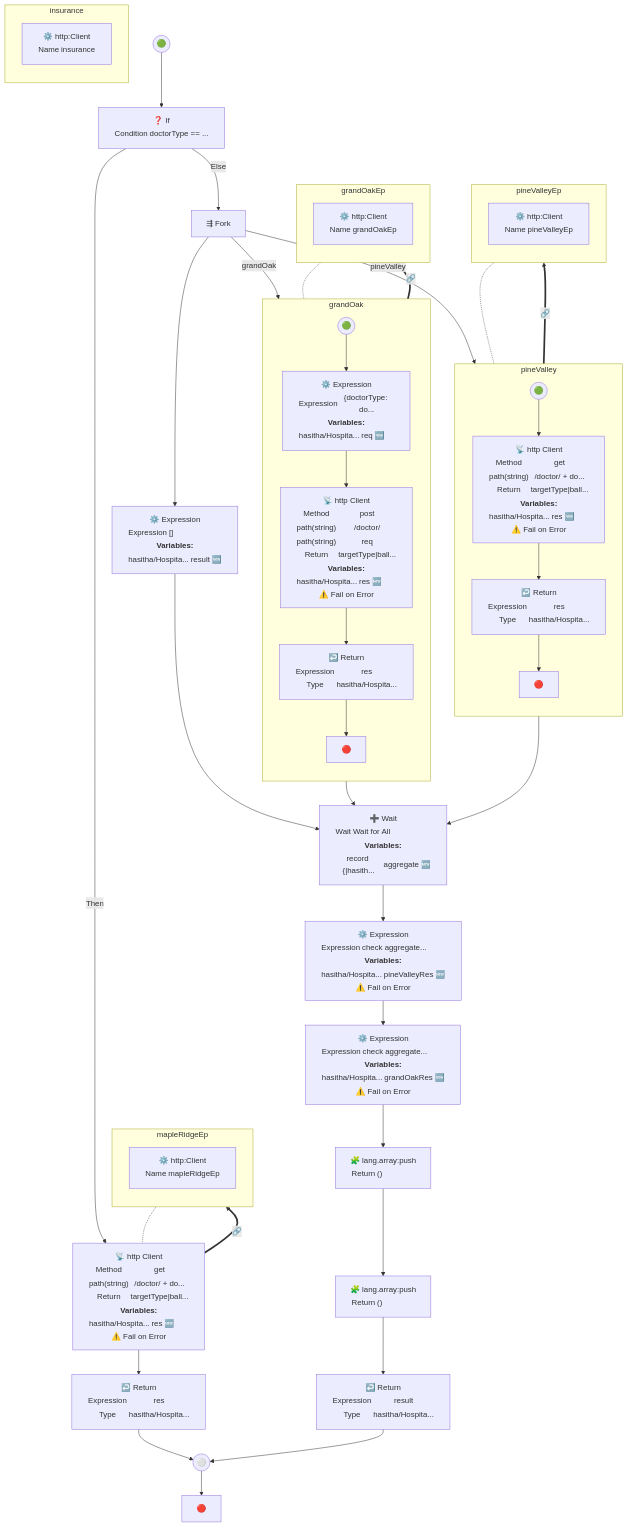
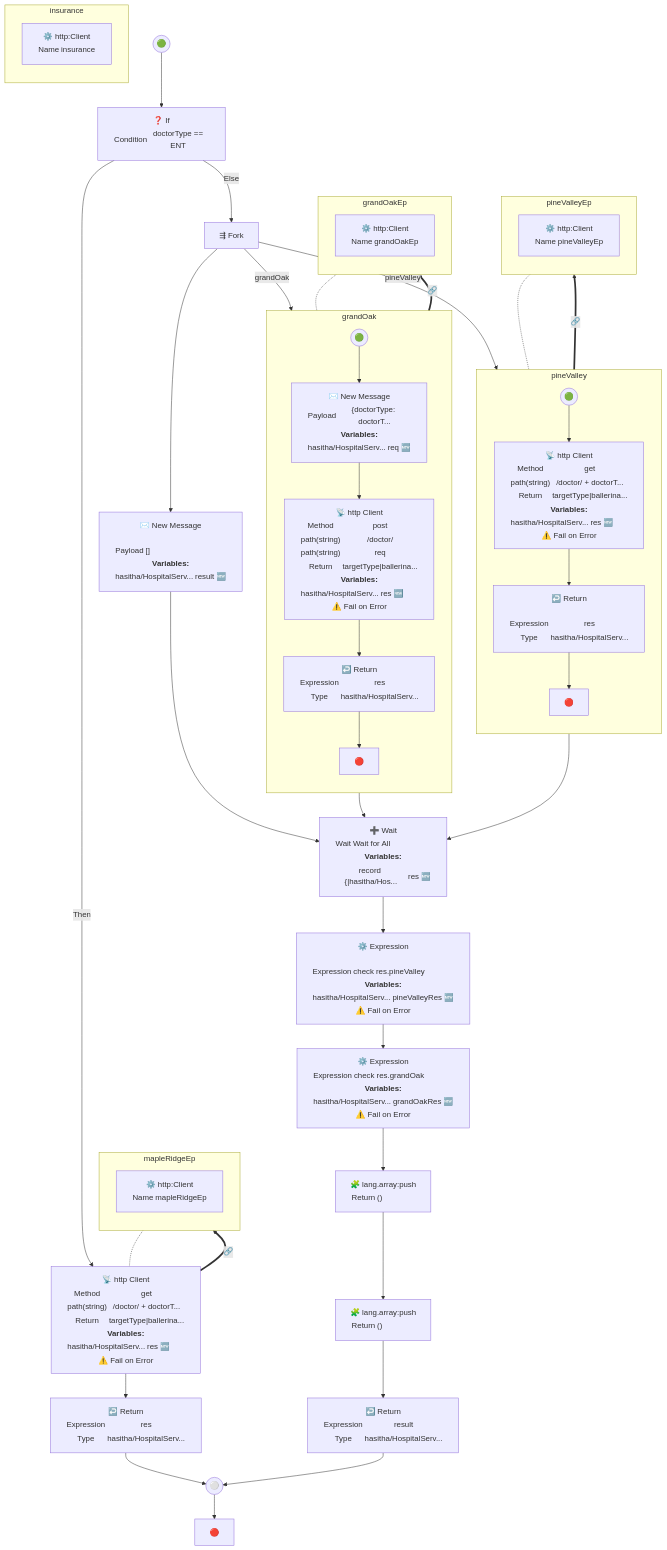
Before and after one commit to hasithaa/Diagram: the second of 2 diagrams in Examples/HospitalService/diagrams/get .md, drawn with Mermaid. The commit also changed other lines of this file and 3 other files, not shown here.

```diff
--- a/Examples/HospitalService/diagrams/get .md
+++ b/Examples/HospitalService/diagrams/get .md
@@ -122,126 +122,126 @@
 flowchart TB
   START0(("🟢"))
   SWITCH1["❓ If
-<table><tr><td>Condition</td><td>doctorType == ...</td></tr></table>"]
+<table><tr><td>Condition</td><td>doctorType == ENT </td></tr></table>"]
   NETWORK_CALL3["📡 http Client
-<table><tr><td>Method</td><td>get</td></tr><tr><td>path(string)</td><td>/doctor/ + do...</td></tr><tr><td>Return</td><td>targetType|ball...</td></tr></table><strong>Variables:</strong><table><tr><td>hasitha/Hospita...</td><td>res</td><td>🆕</td></tr></table><p>⚠️ Fail on Error</p>"]
+<table><tr><td>Method</td><td>get</td></tr><tr><td>path(string)</td><td>/doctor/ + doctorT...</td></tr><tr><td>Return</td><td>targetType|ballerina...</td></tr></table><strong>Variables:</strong><table><tr><td>hasitha/HospitalServ...</td><td>res</td><td>🆕</td></tr></table><p>⚠️ Fail on Error</p>"]
   RETURN4["↩️ Return
-<table><tr><td>Expression</td><td>res</td></tr><tr><td>Type</td><td>hasitha/Hospita...</td></tr></table>"]
+<table><tr><td>Expression</td><td>res</td></tr><tr><td>Type</td><td>hasitha/HospitalServ...</td></tr></table>"]
   FORK5["⇶ Fork"]
   subgraph pineValley  ["pineValley "]
   direction TB
     START6(("🟢"))
     NETWORK_CALL7["📡 http Client
-<table><tr><td>Method</td><td>get</td></tr><tr><td>path(string)</td><td>/doctor/ + do...</td></tr><tr><td>Return</td><td>targetType|ball...</td></tr></table><strong>Variables:</strong><table><tr><td>hasitha/Hospita...</td><td>res</td><td>🆕</td></tr></table><p>⚠️ Fail on Error</p>"]
+<table><tr><td>Method</td><td>get</td></tr><tr><td>path(string)</td><td>/doctor/ + doctorT...</td></tr><tr><td>Return</td><td>targetType|ballerina...</td></tr></table><strong>Variables:</strong><table><tr><td>hasitha/HospitalServ...</td><td>res</td><td>🆕</td></tr></table><p>⚠️ Fail on Error</p>"]
     RETURN8["↩️ Return
-<table><tr><td>Expression</td><td>res</td></tr><tr><td>Type</td><td>hasitha/Hospita...</td></tr></table>"]
+<table><tr><td>Expression</td><td>res</td></tr><tr><td>Type</td><td>hasitha/HospitalServ...</td></tr></table>"]
     END9["🔴"]
   end
   subgraph grandOak  ["grandOak "]
   direction TB
     START10(("🟢"))
-    EXPRESSION11["⚙️ Expression
-<table><tr><td>Expression</td><td>{doctorType: do...</td></tr></table><strong>Variables:</strong><table><tr><td>hasitha/Hospita...</td><td>req</td><td>🆕</td></tr></table>"]
+NEW_PAYLOAD11["✉️ New Message
+<table><tr><td>Payload</td><td>{doctorType: doctorT...</td></tr></table><strong>Variables:</strong><table><tr><td>hasitha/HospitalServ...</td><td>req</td><td>🆕</td></tr></table>"]
     NETWORK_CALL12["📡 http Client
-<table><tr><td>Method</td><td>post</td></tr><tr><td>path(string)</td><td>/doctor/</td></tr><tr><td>path(string)</td><td>req</td></tr><tr><td>Return</td><td>targetType|ball...</td></tr></table><strong>Variables:</strong><table><tr><td>hasitha/Hospita...</td><td>res</td><td>🆕</td></tr></table><p>⚠️ Fail on Error</p>"]
+<table><tr><td>Method</td><td>post</td></tr><tr><td>path(string)</td><td>/doctor/</td></tr><tr><td>path(string)</td><td>req</td></tr><tr><td>Return</td><td>targetType|ballerina...</td></tr></table><strong>Variables:</strong><table><tr><td>hasitha/HospitalServ...</td><td>res</td><td>🆕</td></tr></table><p>⚠️ Fail on Error</p>"]
     RETURN13["↩️ Return
-<table><tr><td>Expression</td><td>res</td></tr><tr><td>Type</td><td>hasitha/Hospita...</td></tr></table>"]
+<table><tr><td>Expression</td><td>res</td></tr><tr><td>Type</td><td>hasitha/HospitalServ...</td></tr></table>"]
     END14["🔴"]
   end
-  EXPRESSION15["⚙️ Expression
-<table><tr><td>Expression</td><td>[]</td></tr></table><strong>Variables:</strong><table><tr><td>hasitha/Hospita...</td><td>result</td><td>🆕</td></tr></table>"]
+NEW_PAYLOAD15["✉️ New Message
+<table><tr><td>Payload</td><td>[]</td></tr></table><strong>Variables:</strong><table><tr><td>hasitha/HospitalServ...</td><td>result</td><td>🆕</td></tr></table>"]
   WAIT16["➕ Wait
-<table><tr><td>Wait</td><td>Wait for All</td></tr></table><strong>Variables:</strong><table><tr><td>record {|hasith...</td><td>aggregate</td><td>🆕</td></tr></table>"]
+<table><tr><td>Wait</td><td>Wait for All</td></tr></table><strong>Variables:</strong><table><tr><td>record {|hasitha/Hos...</td><td>res</td><td>🆕</td></tr></table>"]
   subgraph pineValley  ["pineValley "]
   direction TB
     START6(("🟢"))
     NETWORK_CALL7["📡 http Client
-<table><tr><td>Method</td><td>get</td></tr><tr><td>path(string)</td><td>/doctor/ + do...</td></tr><tr><td>Return</td><td>targetType|ball...</td></tr></table><strong>Variables:</strong><table><tr><td>hasitha/Hospita...</td><td>res</td><td>🆕</td></tr></table><p>⚠️ Fail on Error</p>"]
+<table><tr><td>Method</td><td>get</td></tr><tr><td>path(string)</td><td>/doctor/ + doctorT...</td></tr><tr><td>Return</td><td>targetType|ballerina...</td></tr></table><strong>Variables:</strong><table><tr><td>hasitha/HospitalServ...</td><td>res</td><td>🆕</td></tr></table><p>⚠️ Fail on Error</p>"]
     RETURN8["↩️ Return
-<table><tr><td>Expression</td><td>res</td></tr><tr><td>Type</td><td>hasitha/Hospita...</td></tr></table>"]
+<table><tr><td>Expression</td><td>res</td></tr><tr><td>Type</td><td>hasitha/HospitalServ...</td></tr></table>"]
     END9["🔴"]
   end
   subgraph grandOak  ["grandOak "]
   direction TB
     START10(("🟢"))
-    EXPRESSION11["⚙️ Expression
-<table><tr><td>Expression</td><td>{doctorType: do...</td></tr></table><strong>Variables:</strong><table><tr><td>hasitha/Hospita...</td><td>req</td><td>🆕</td></tr></table>"]
+NEW_PAYLOAD11["✉️ New Message
+<table><tr><td>Payload</td><td>{doctorType: doctorT...</td></tr></table><strong>Variables:</strong><table><tr><td>hasitha/HospitalServ...</td><td>req</td><td>🆕</td></tr></table>"]
     NETWORK_CALL12["📡 http Client
-<table><tr><td>Method</td><td>post</td></tr><tr><td>path(string)</td><td>/doctor/</td></tr><tr><td>path(string)</td><td>req</td></tr><tr><td>Return</td><td>targetType|ball...</td></tr></table><strong>Variables:</strong><table><tr><td>hasitha/Hospita...</td><td>res</td><td>🆕</td></tr></table><p>⚠️ Fail on Error</p>"]
+<table><tr><td>Method</td><td>post</td></tr><tr><td>path(string)</td><td>/doctor/</td></tr><tr><td>path(string)</td><td>req</td></tr><tr><td>Return</td><td>targetType|ballerina...</td></tr></table><strong>Variables:</strong><table><tr><td>hasitha/HospitalServ...</td><td>res</td><td>🆕</td></tr></table><p>⚠️ Fail on Error</p>"]
     RETURN13["↩️ Return
-<table><tr><td>Expression</td><td>res</td></tr><tr><td>Type</td><td>hasitha/Hospita...</td></tr></table>"]
+<table><tr><td>Expression</td><td>res</td></tr><tr><td>Type</td><td>hasitha/HospitalServ...</td></tr></table>"]
     END14["🔴"]
   end
   EXPRESSION17["⚙️ Expression
-<table><tr><td>Expression</td><td>check aggregate...</td></tr></table><strong>Variables:</strong><table><tr><td>hasitha/Hospita...</td><td>pineValleyRes</td><td>🆕</td></tr></table><p>⚠️ Fail on Error</p>"]
+<table><tr><td>Expression</td><td>check res.pineValley</td></tr></table><strong>Variables:</strong><table><tr><td>hasitha/HospitalServ...</td><td>pineValleyRes</td><td>🆕</td></tr></table><p>⚠️ Fail on Error</p>"]
   EXPRESSION18["⚙️ Expression
-<table><tr><td>Expression</td><td>check aggregate...</td></tr></table><strong>Variables:</strong><table><tr><td>hasitha/Hospita...</td><td>grandOakRes</td><td>🆕</td></tr></table><p>⚠️ Fail on Error</p>"]
+  <table><tr><td>Expression</td><td>check res.grandOak</td></tr></table><strong>Variables:</strong><table><tr><td>hasitha/HospitalServ...</td><td>grandOakRes</td><td>🆕</td></tr></table><p>⚠️ Fail on Error</p>"]
   LIBRARY_CALL19["🧩 lang.array:push
 <table><tr><td>Return</td><td>()</td></tr></table>"]
   LIBRARY_CALL20["🧩 lang.array:push
 <table><tr><td>Return</td><td>()</td></tr></table>"]
   RETURN21["↩️ Return
-<table><tr><td>Expression</td><td>result</td></tr><tr><td>Type</td><td>hasitha/Hospita...</td></tr></table>"]
+<table><tr><td>Expression</td><td>result</td></tr><tr><td>Type</td><td>hasitha/HospitalServ...</td></tr></table>"]
   SWITCH_MERGE2(("⚪"))
   NETWORK_CALL3["📡 http Client
-<table><tr><td>Method</td><td>get</td></tr><tr><td>path(string)</td><td>/doctor/ + do...</td></tr><tr><td>Return</td><td>targetType|ball...</td></tr></table><strong>Variables:</strong><table><tr><td>hasitha/Hospita...</td><td>res</td><td>🆕</td></tr></table><p>⚠️ Fail on Error</p>"]
+<table><tr><td>Method</td><td>get</td></tr><tr><td>path(string)</td><td>/doctor/ + doctorT...</td></tr><tr><td>Return</td><td>targetType|ballerina...</td></tr></table><strong>Variables:</strong><table><tr><td>hasitha/HospitalServ...</td><td>res</td><td>🆕</td></tr></table><p>⚠️ Fail on Error</p>"]
   RETURN4["↩️ Return
-<table><tr><td>Expression</td><td>res</td></tr><tr><td>Type</td><td>hasitha/Hospita...</td></tr></table>"]
+<table><tr><td>Expression</td><td>res</td></tr><tr><td>Type</td><td>hasitha/HospitalServ...</td></tr></table>"]
   FORK5["⇶ Fork"]
   subgraph pineValley  ["pineValley "]
   direction TB
     START6(("🟢"))
     NETWORK_CALL7["📡 http Client
-<table><tr><td>Method</td><td>get</td></tr><tr><td>path(string)</td><td>/doctor/ + do...</td></tr><tr><td>Return</td><td>targetType|ball...</td></tr></table><strong>Variables:</strong><table><tr><td>hasitha/Hospita...</td><td>res</td><td>🆕</td></tr></table><p>⚠️ Fail on Error</p>"]
+<table><tr><td>Method</td><td>get</td></tr><tr><td>path(string)</td><td>/doctor/ + doctorT...</td></tr><tr><td>Return</td><td>targetType|ballerina...</td></tr></table><strong>Variables:</strong><table><tr><td>hasitha/HospitalServ...</td><td>res</td><td>🆕</td></tr></table><p>⚠️ Fail on Error</p>"]
     RETURN8["↩️ Return
-<table><tr><td>Expression</td><td>res</td></tr><tr><td>Type</td><td>hasitha/Hospita...</td></tr></table>"]
+    <table><tr><td>Expression</td><td>res</td></tr><tr><td>Type</td><td>hasitha/HospitalServ...</td></tr></table>"]
     END9["🔴"]
   end
   subgraph grandOak  ["grandOak "]
   direction TB
     START10(("🟢"))
-    EXPRESSION11["⚙️ Expression
-<table><tr><td>Expression</td><td>{doctorType: do...</td></tr></table><strong>Variables:</strong><table><tr><td>hasitha/Hospita...</td><td>req</td><td>🆕</td></tr></table>"]
+NEW_PAYLOAD11["✉️ New Message
+<table><tr><td>Payload</td><td>{doctorType: doctorT...</td></tr></table><strong>Variables:</strong><table><tr><td>hasitha/HospitalServ...</td><td>req</td><td>🆕</td></tr></table>"]
     NETWORK_CALL12["📡 http Client
-<table><tr><td>Method</td><td>post</td></tr><tr><td>path(string)</td><td>/doctor/</td></tr><tr><td>path(string)</td><td>req</td></tr><tr><td>Return</td><td>targetType|ball...</td></tr></table><strong>Variables:</strong><table><tr><td>hasitha/Hospita...</td><td>res</td><td>🆕</td></tr></table><p>⚠️ Fail on Error</p>"]
+<table><tr><td>Method</td><td>post</td></tr><tr><td>path(string)</td><td>/doctor/</td></tr><tr><td>path(string)</td><td>req</td></tr><tr><td>Return</td><td>targetType|ballerina...</td></tr></table><strong>Variables:</strong><table><tr><td>hasitha/HospitalServ...</td><td>res</td><td>🆕</td></tr></table><p>⚠️ Fail on Error</p>"]
     RETURN13["↩️ Return
-<table><tr><td>Expression</td><td>res</td></tr><tr><td>Type</td><td>hasitha/Hospita...</td></tr></table>"]
+<table><tr><td>Expression</td><td>res</td></tr><tr><td>Type</td><td>hasitha/HospitalServ...</td></tr></table>"]
     END14["🔴"]
   end
-  EXPRESSION15["⚙️ Expression
-<table><tr><td>Expression</td><td>[]</td></tr></table><strong>Variables:</strong><table><tr><td>hasitha/Hospita...</td><td>result</td><td>🆕</td></tr></table>"]
+  NEW_PAYLOAD15["✉️ New Message
+  <table><tr><td>Payload</td><td>[]</td></tr></table><strong>Variables:</strong><table><tr><td>hasitha/HospitalServ...</td><td>result</td><td>🆕</td></tr></table>"]
   WAIT16["➕ Wait
-<table><tr><td>Wait</td><td>Wait for All</td></tr></table><strong>Variables:</strong><table><tr><td>record {|hasith...</td><td>aggregate</td><td>🆕</td></tr></table>"]
+<table><tr><td>Wait</td><td>Wait for All</td></tr></table><strong>Variables:</strong><table><tr><td>record {|hasitha/Hos...</td><td>res</td><td>🆕</td></tr></table>"]
   subgraph pineValley  ["pineValley "]
   direction TB
     START6(("🟢"))
     NETWORK_CALL7["📡 http Client
-<table><tr><td>Method</td><td>get</td></tr><tr><td>path(string)</td><td>/doctor/ + do...</td></tr><tr><td>Return</td><td>targetType|ball...</td></tr></table><strong>Variables:</strong><table><tr><td>hasitha/Hospita...</td><td>res</td><td>🆕</td></tr></table><p>⚠️ Fail on Error</p>"]
+<table><tr><td>Method</td><td>get</td></tr><tr><td>path(string)</td><td>/doctor/ + doctorT...</td></tr><tr><td>Return</td><td>targetType|ballerina...</td></tr></table><strong>Variables:</strong><table><tr><td>hasitha/HospitalServ...</td><td>res</td><td>🆕</td></tr></table><p>⚠️ Fail on Error</p>"]
     RETURN8["↩️ Return
-<table><tr><td>Expression</td><td>res</td></tr><tr><td>Type</td><td>hasitha/Hospita...</td></tr></table>"]
+    <table><tr><td>Expression</td><td>res</td></tr><tr><td>Type</td><td>hasitha/HospitalServ...</td></tr></table>"]
     END9["🔴"]
   end
   subgraph grandOak  ["grandOak "]
   direction TB
     START10(("🟢"))
-    EXPRESSION11["⚙️ Expression
-<table><tr><td>Expression</td><td>{doctorType: do...</td></tr></table><strong>Variables:</strong><table><tr><td>hasitha/Hospita...</td><td>req</td><td>🆕</td></tr></table>"]
+NEW_PAYLOAD11["✉️ New Message
+<table><tr><td>Payload</td><td>{doctorType: doctorT...</td></tr></table><strong>Variables:</strong><table><tr><td>hasitha/HospitalServ...</td><td>req</td><td>🆕</td></tr></table>"]
     NETWORK_CALL12["📡 http Client
-<table><tr><td>Method</td><td>post</td></tr><tr><td>path(string)</td><td>/doctor/</td></tr><tr><td>path(string)</td><td>req</td></tr><tr><td>Return</td><td>targetType|ball...</td></tr></table><strong>Variables:</strong><table><tr><td>hasitha/Hospita...</td><td>res</td><td>🆕</td></tr></table><p>⚠️ Fail on Error</p>"]
+<table><tr><td>Method</td><td>post</td></tr><tr><td>path(string)</td><td>/doctor/</td></tr><tr><td>path(string)</td><td>req</td></tr><tr><td>Return</td><td>targetType|ballerina...</td></tr></table><strong>Variables:</strong><table><tr><td>hasitha/HospitalServ...</td><td>res</td><td>🆕</td></tr></table><p>⚠️ Fail on Error</p>"]
     RETURN13["↩️ Return
-<table><tr><td>Expression</td><td>res</td></tr><tr><td>Type</td><td>hasitha/Hospita...</td></tr></table>"]
+<table><tr><td>Expression</td><td>res</td></tr><tr><td>Type</td><td>hasitha/HospitalServ...</td></tr></table>"]
     END14["🔴"]
   end
   EXPRESSION17["⚙️ Expression
-<table><tr><td>Expression</td><td>check aggregate...</td></tr></table><strong>Variables:</strong><table><tr><td>hasitha/Hospita...</td><td>pineValleyRes</td><td>🆕</td></tr></table><p>⚠️ Fail on Error</p>"]
+  <table><tr><td>Expression</td><td>check res.pineValley</td></tr></table><strong>Variables:</strong><table><tr><td>hasitha/HospitalServ...</td><td>pineValleyRes</td><td>🆕</td></tr></table><p>⚠️ Fail on Error</p>"]
   EXPRESSION18["⚙️ Expression
-<table><tr><td>Expression</td><td>check aggregate...</td></tr></table><strong>Variables:</strong><table><tr><td>hasitha/Hospita...</td><td>grandOakRes</td><td>🆕</td></tr></table><p>⚠️ Fail on Error</p>"]
+<table><tr><td>Expression</td><td>check res.grandOak</td></tr></table><strong>Variables:</strong><table><tr><td>hasitha/HospitalServ...</td><td>grandOakRes</td><td>🆕</td></tr></table><p>⚠️ Fail on Error</p>"]
   LIBRARY_CALL19["🧩 lang.array:push
 <table><tr><td>Return</td><td>()</td></tr></table>"]
   LIBRARY_CALL20["🧩 lang.array:push
 <table><tr><td>Return</td><td>()</td></tr></table>"]
   RETURN21["↩️ Return
-<table><tr><td>Expression</td><td>result</td></tr><tr><td>Type</td><td>hasitha/Hospita...</td></tr></table>"]
+<table><tr><td>Expression</td><td>result</td></tr><tr><td>Type</td><td>hasitha/HospitalServ...</td></tr></table>"]
   END22["🔴"]
   subgraph Connector0 ["grandOakEp"]
   direction TB
@@ -278,12 +278,12 @@
   NETWORK_CALL7 --> RETURN8
   RETURN8 --> END9
   FORK5 --> |grandOak | START10
-  START10 --> EXPRESSION11
-  EXPRESSION11 --> NETWORK_CALL12
+START10 --> NEW_PAYLOAD11
+NEW_PAYLOAD11 --> NETWORK_CALL12
   NETWORK_CALL12 --> RETURN13
   RETURN13 --> END14
-  FORK5 --> EXPRESSION15
-  EXPRESSION15 --> WAIT16
+FORK5 --> NEW_PAYLOAD15
+NEW_PAYLOAD15 --> WAIT16
   END9 --> WAIT16
   END14 --> WAIT16
   WAIT16 --> EXPRESSION17
```
